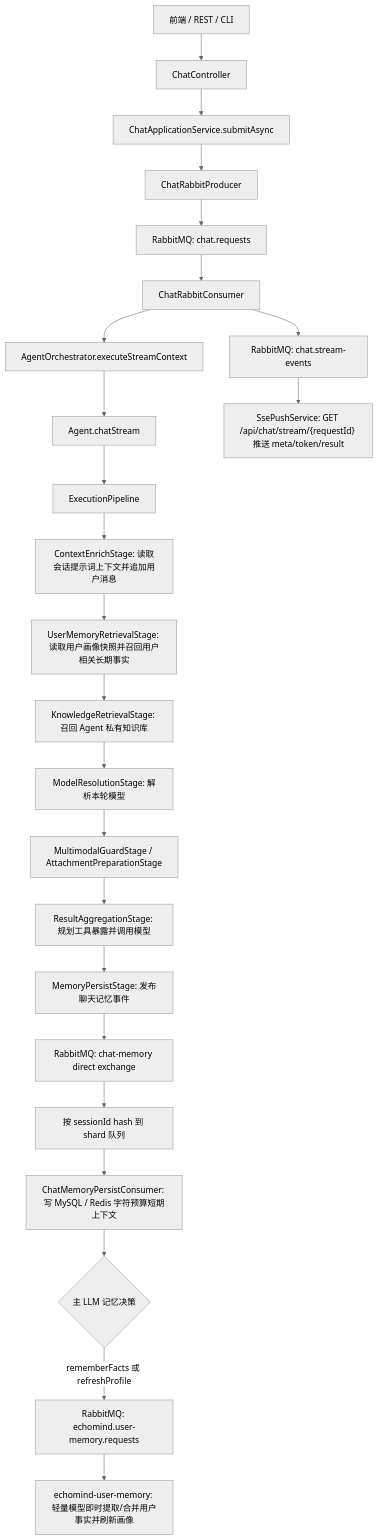
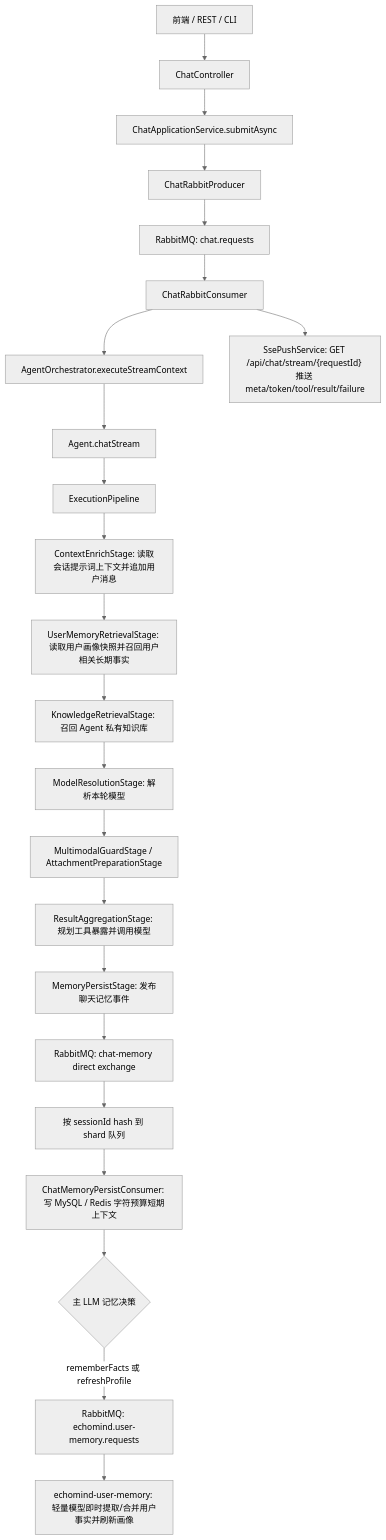
The third of 5 diagrams in README.md (kaiyue-ai/EchoMind), drawn with Mermaid (neutral theme) before and after one commit. The commit also changed other lines of this file and 14 other files, not shown here.

Commit message:
Refactor chat SSE token delivery

````diff
--- a/README.md
+++ b/README.md
@@ -168,26 +168,25 @@
 ```mermaid
 flowchart TD
     A["前端 / REST / CLI"] --> B["ChatController"]
     B --> E["ChatApplicationService.submitAsync"]
     E --> F0["ChatRabbitProducer"]
     F0 --> F["RabbitMQ: chat.requests"]
     F --> G["ChatRabbitConsumer"]
     G --> H["AgentOrchestrator.executeStreamContext"]
     H --> J["Agent.chatStream"]
     J --> K["ExecutionPipeline"]
     K --> L["ContextEnrichStage: 读取会话提示词上下文并追加用户消息"]
     L --> U["UserMemoryRetrievalStage: 读取用户画像快照并召回用户相关长期事实"]
     U --> N["KnowledgeRetrievalStage: 召回 Agent 私有知识库"]
     N --> M["ModelResolutionStage: 解析本轮模型"]
     M --> MM["MultimodalGuardStage / AttachmentPreparationStage"]
     MM --> O["ResultAggregationStage: 规划工具暴露并调用模型"]
     O --> P["MemoryPersistStage: 发布聊天记忆事件"]
     P --> V["RabbitMQ: chat-memory direct exchange"]
     V --> W["按 sessionId hash 到 shard 队列"]
     W --> X["ChatMemoryPersistConsumer: 写 MySQL / Redis 字符预算短期上下文"]
     X --> R{"主 LLM 记忆决策"}
     R -->|"rememberFacts 或 refreshProfile"| S["RabbitMQ: echomind.user-memory.requests"]
     S --> Y["echomind-user-memory: 轻量模型即时提取/合并用户事实并刷新画像"]
-    G --> T["RabbitMQ: chat.stream-events"]
-    T --> Q["SsePushService: GET /api/chat/stream/{requestId} 推送 meta/token/result"]
+    G --> Q["SsePushService: GET /api/chat/stream/{requestId} 推送 meta/token/tool/result/failure"]
 ```
````
